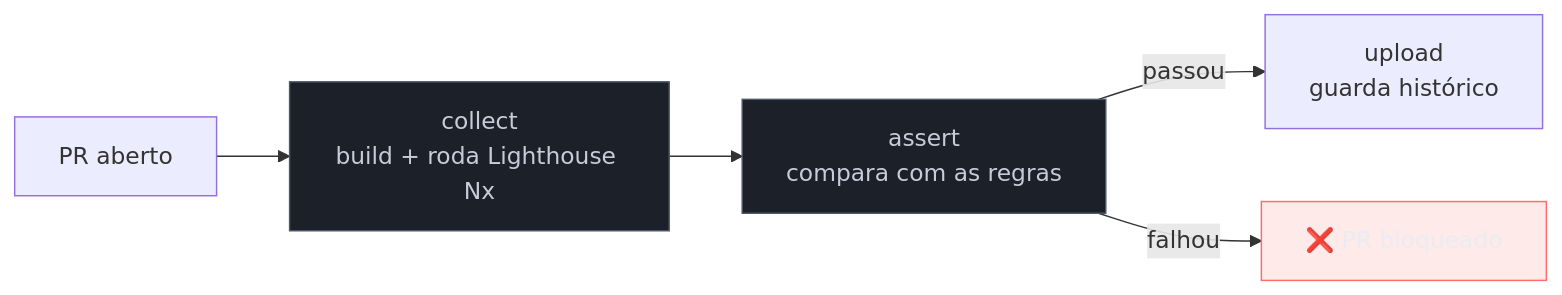
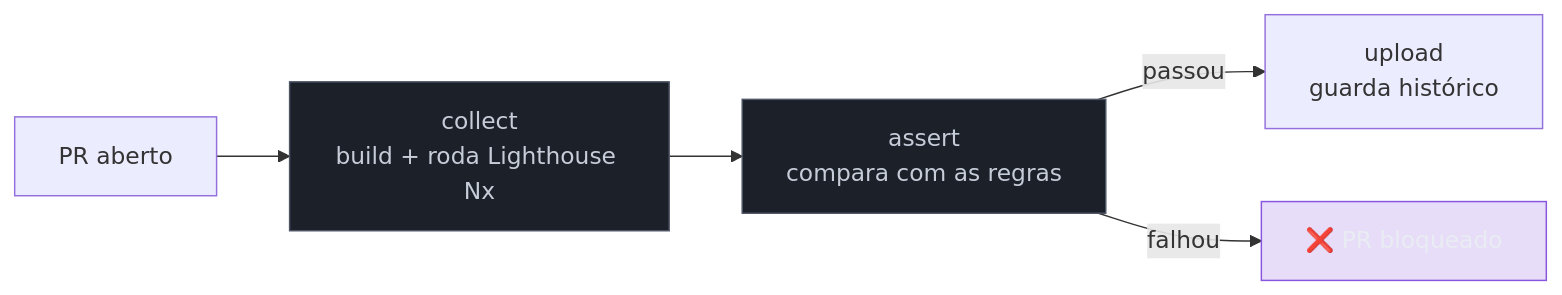
Before and after one commit to josenaldo/codex-technomanticus: the diagram in 03-Dominios/Tecnologia/Web Performance/Performance em Produção/01 - Do lab ao CI - Lighthouse CI.md, drawn with Mermaid. The commit also changed 601 other files, not shown here.

````diff
--- a/03-Dominios/Tecnologia/Web Performance/Performance em Produção/01 - Do lab ao CI - Lighthouse CI.md
+++ b/03-Dominios/Tecnologia/Web Performance/Performance em Produção/01 - Do lab ao CI - Lighthouse CI.md
@@ -31,12 +31,12 @@
 ```mermaid
 graph LR
+    classDef marca fill:#8855DF33,stroke:#8855DF,color:#E9ECF2
     classDef neutro fill:#1B2029,stroke:#4E5666,color:#C6CCD8
-    classDef falha fill:#FF6B6B24,stroke:#FF6B6B,color:#E9ECF2
     A[PR aberto] --> B["collect<br/>build + roda Lighthouse Nx"]
     B --> C["assert<br/>compara com as regras"]
     C -->|passou| D["upload<br/>guarda histórico"]
     C -->|falhou| E[❌ PR bloqueado]
     class B neutro
     class C neutro
-    class E falha
+    class E marca
 ```
````
